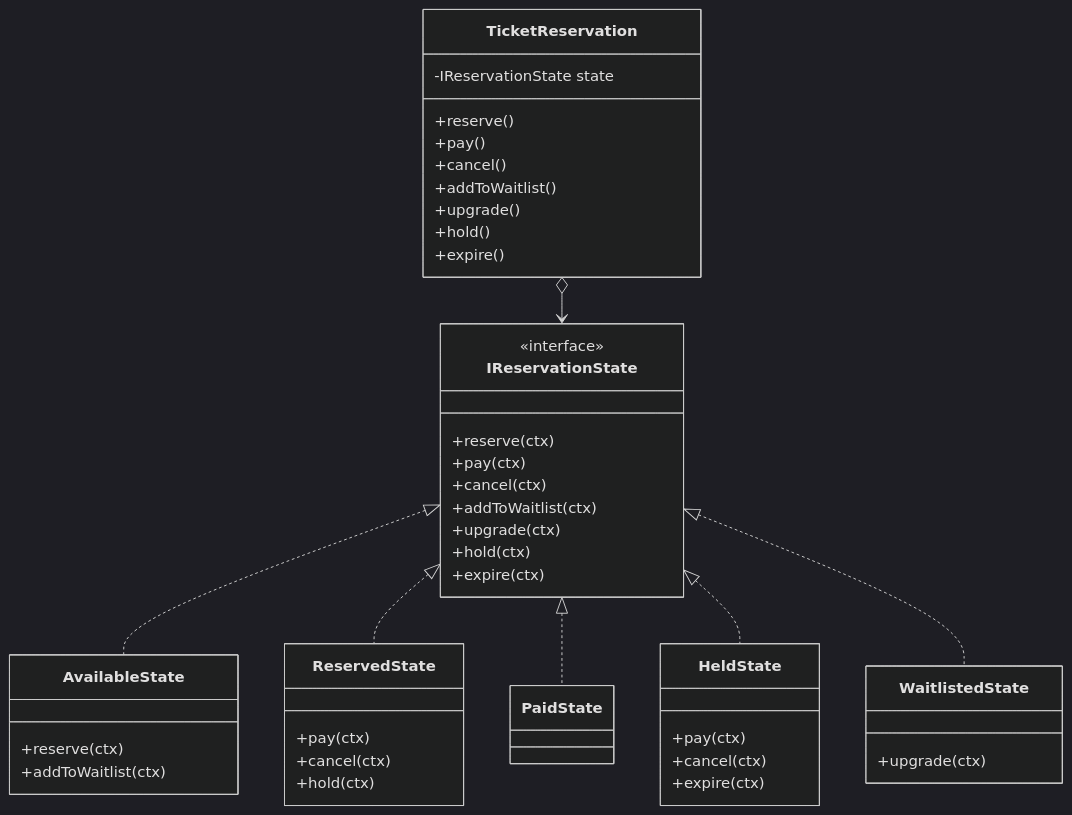
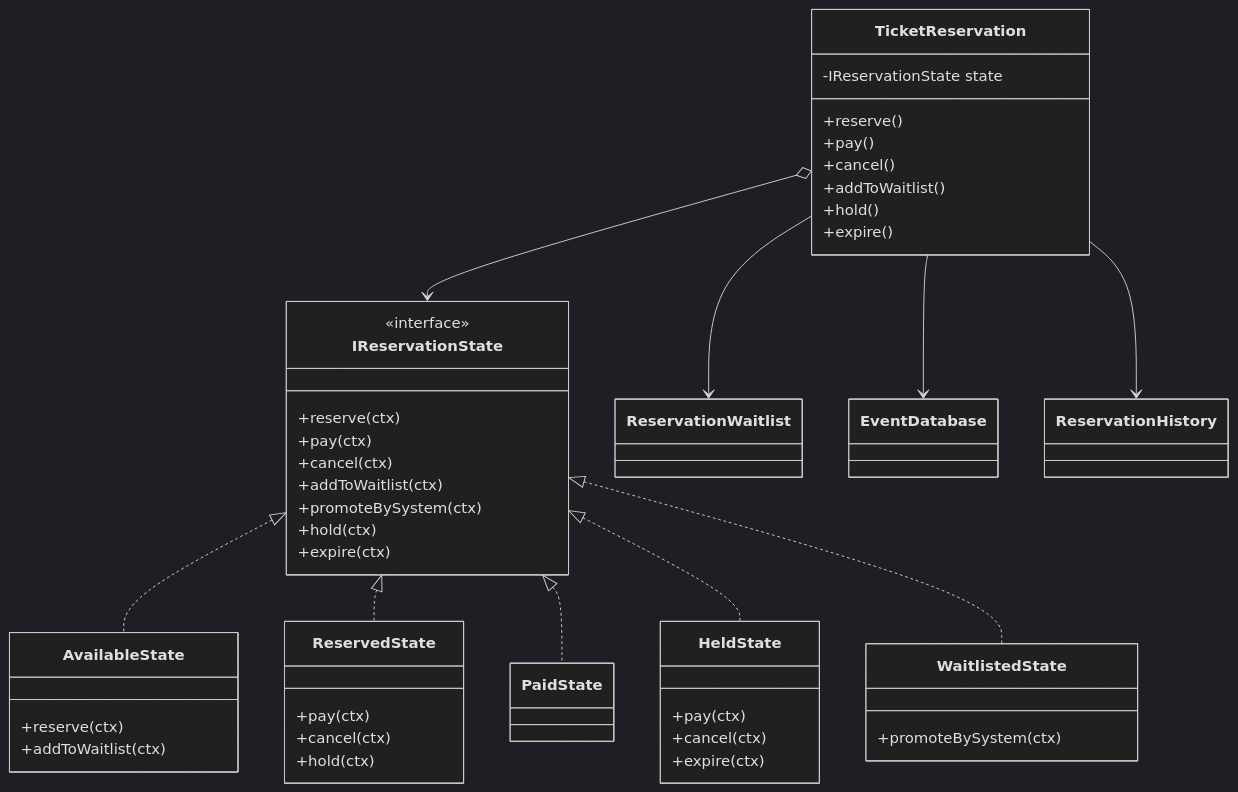
Diagram 16 of 16 in kindle/design-patterns/output/chapter03.md (kumachan1101-pixel/DesignPattern), drawn with Mermaid (dark theme) before and after one commit. The commit also changed other lines of this file and 19 other files, not shown here.

````diff
--- a/kindle/design-patterns/output/chapter03.md
+++ b/kindle/design-patterns/output/chapter03.md
@@ -2345,47 +2344,52 @@
 ```mermaid
 classDiagram
     class TicketReservation {
         -IReservationState state
         +reserve()
         +pay()
         +cancel()
         +addToWaitlist()
-        +upgrade()
         +hold()
         +expire()
     }
     class IReservationState {
         <<interface>>
         +reserve(ctx)
         +pay(ctx)
         +cancel(ctx)
         +addToWaitlist(ctx)
-        +upgrade(ctx)
+        +promoteBySystem(ctx)
         +hold(ctx)
         +expire(ctx)
     }
     class AvailableState {
         +reserve(ctx)
         +addToWaitlist(ctx)
     }
     class ReservedState {
         +pay(ctx)
         +cancel(ctx)
         +hold(ctx)
     }
     class PaidState
     class HeldState {
         +pay(ctx)
         +cancel(ctx)
         +expire(ctx)
     }
     class WaitlistedState {
-        +upgrade(ctx)
+        +promoteBySystem(ctx)
     }
+    class ReservationWaitlist
+    class EventDatabase
+    class ReservationHistory
+    TicketReservation --> ReservationWaitlist
+    TicketReservation --> EventDatabase
+    TicketReservation --> ReservationHistory
     TicketReservation o--> IReservationState
     IReservationState <|.. AvailableState
     IReservationState <|.. ReservedState
     IReservationState <|.. PaidState
     IReservationState <|.. HeldState
     IReservationState <|.. WaitlistedState
 ```
````
